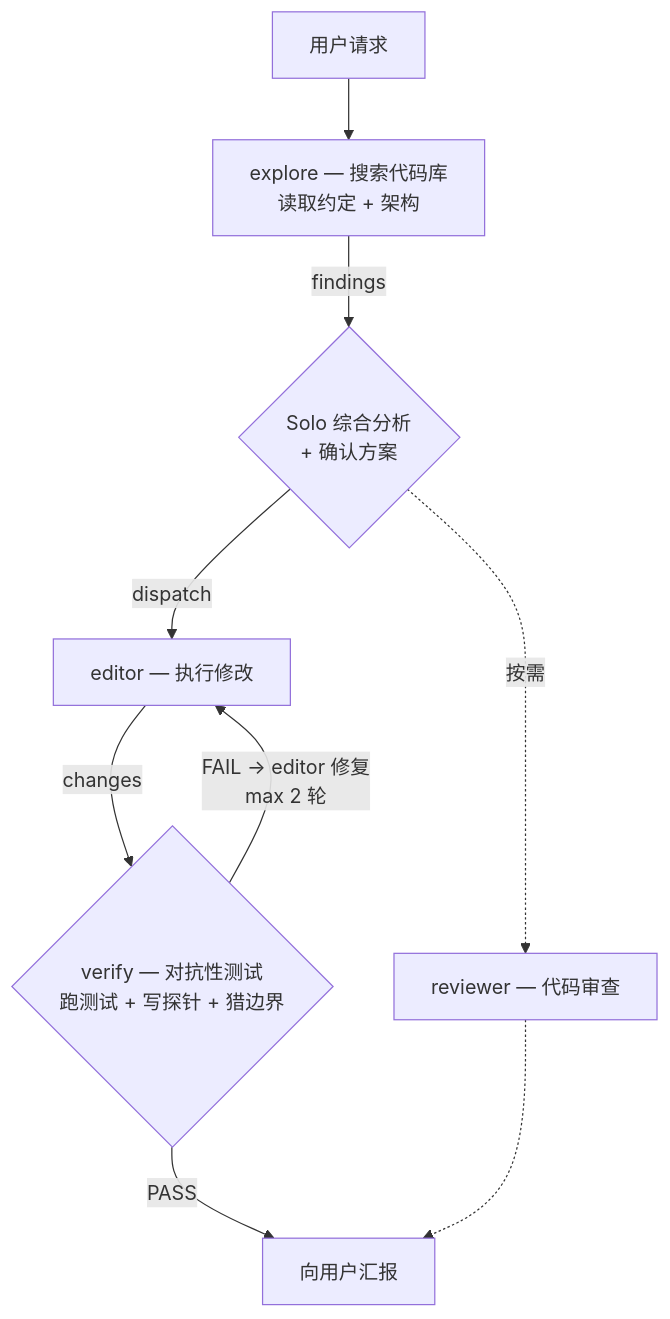
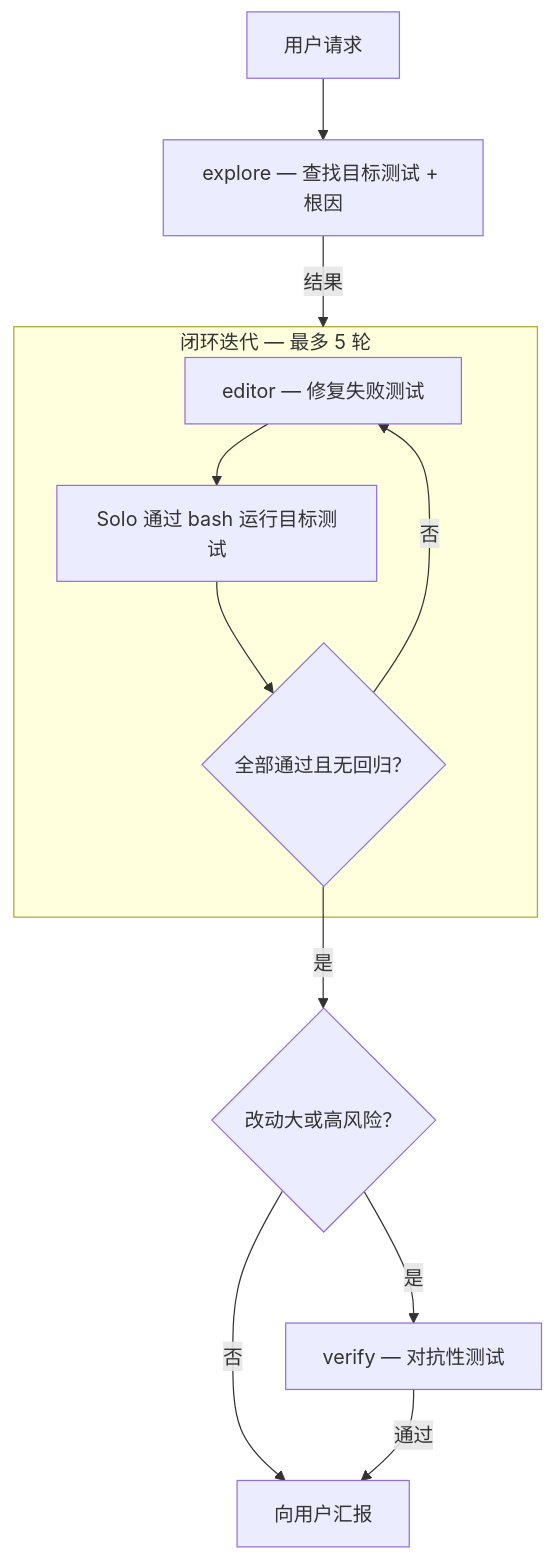
One commit to Dqz00116/opencode-solo changed the second of 2 diagrams in README.zh-CN.md. Above: the diagram before and after it, drawn with Mermaid. The commit also changed other lines of this file and 6 other files, not shown here.

First line of the commit message:
v2.0: closed-loop architecture with SWE-bench validation

````diff
--- a/README.zh-CN.md
+++ b/README.zh-CN.md
@@ -127,11 +151,14 @@
 ```mermaid
 flowchart TD
-    Req["用户请求"] --> P1["explore — 搜索代码库<br/>读取约定 + 架构"]
-    P1 -->|"findings"| P2{"Solo 综合分析<br/>+ 确认方案"}
-    P2 -->|"dispatch"| P3["editor — 执行修改"]
-    P3 -->|"changes"| P4{"verify — 对抗性测试<br/>跑测试 + 写探针 + 猎边界"}
-    P4 -->|"PASS"| Done["向用户汇报"]
-    P4 -->|"FAIL → editor 修复<br/>max 2 轮"| P3
-    P2 -.->|"按需"| Rev["reviewer — 代码审查"]
-    Rev -.-> Done
+    Req["用户请求"] --> Init["explore — 查找目标测试 + 根因"]
+    Init -->|"结果"| Loop
+    subgraph Loop ["闭环迭代 — 最多 5 轮"]
+        Edit["editor — 修复失败测试"] --> Test["Solo 通过 bash 运行目标测试"]
+        Test --> Check{"全部通过且无回归？"}
+        Check -->|否| Edit
+    end
+    Check -->|是| Size{"改动大或高风险？"}
+    Size -->|否| Done["向用户汇报"]
+    Size -->|是| Verify["verify — 对抗性测试"]
+    Verify -->|通过| Done
 ```
````
